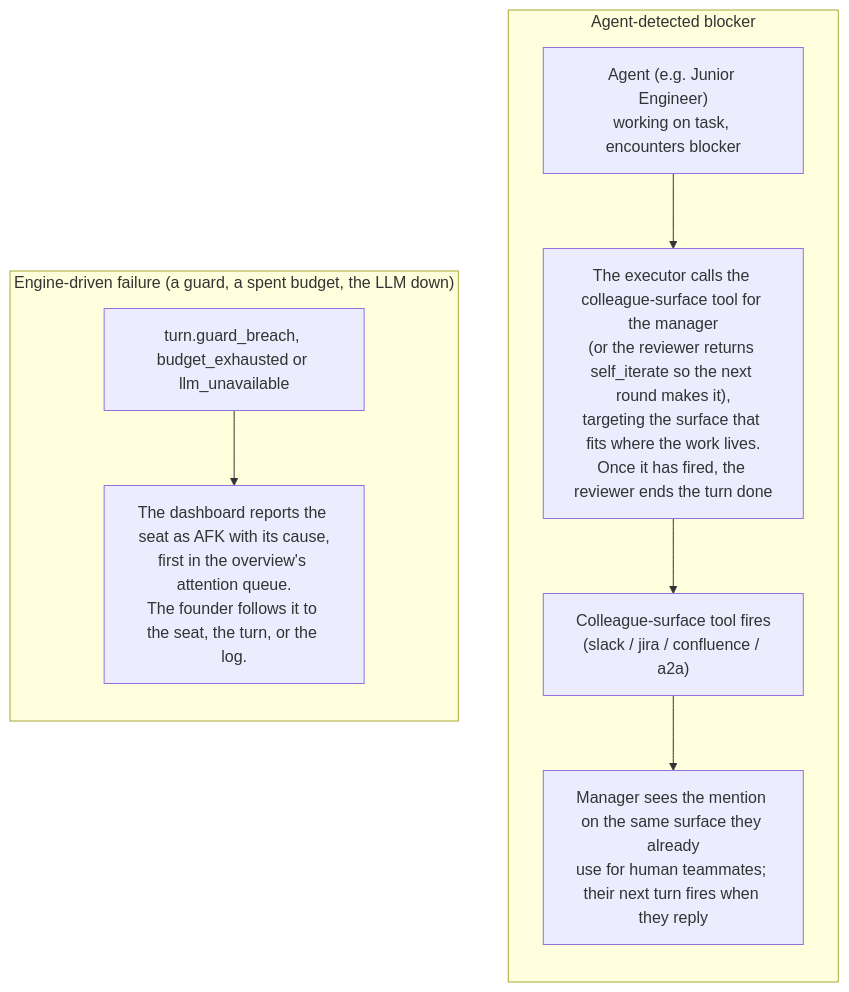
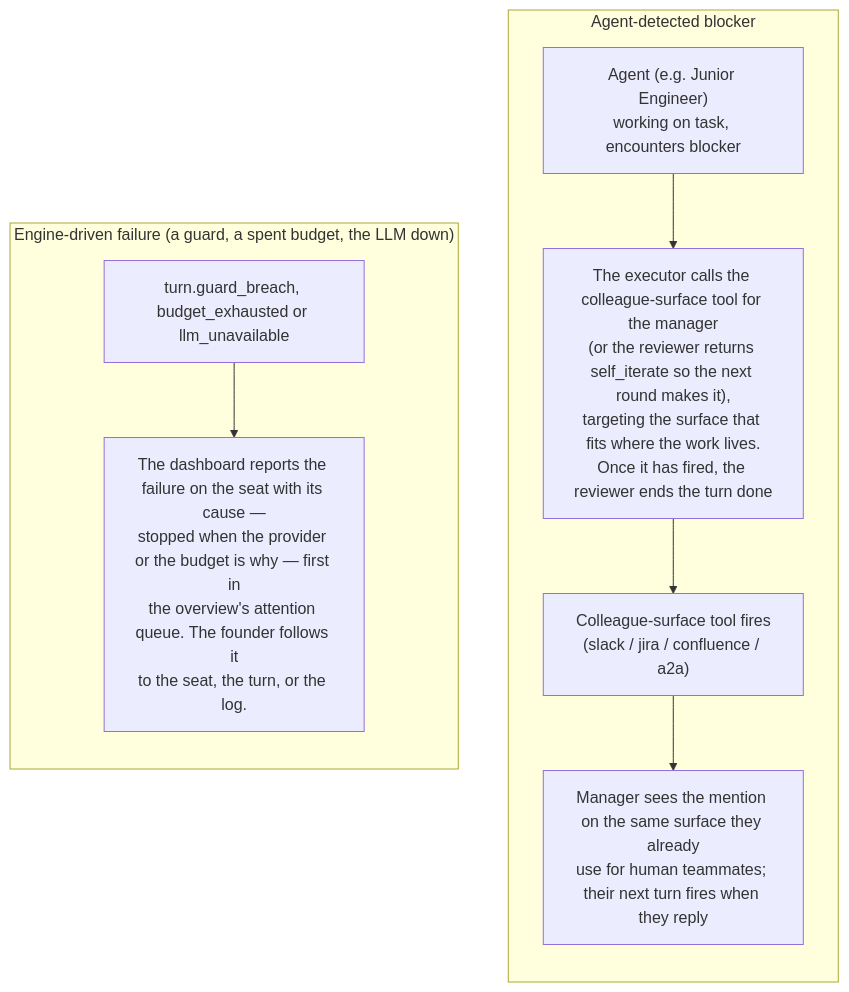
Before and after one commit to crewlet/crewlet: the third of 3 diagrams in docs/concepts/task-engine.md, drawn with Mermaid. The commit also changed other lines of this file and 79 other files, not shown here.

````diff
--- a/docs/concepts/task-engine.md
+++ b/docs/concepts/task-engine.md
@@ -211,17 +211,17 @@
 ```mermaid
 flowchart TD
     subgraph blocked["Agent-detected blocker"]
         direction TB
         A["Agent (e.g. Junior Engineer)<br/>working on task, encounters blocker"]
         B["The executor calls the colleague-surface tool for the manager<br/>(or the reviewer returns self_iterate so the next round makes it),<br/>targeting the surface that fits where the work lives.<br/>Once it has fired, the reviewer ends the turn done"]
         C["Colleague-surface tool fires<br/>(slack / jira / confluence / a2a)"]
         D["Manager sees the mention on the same surface they already<br/>use for human teammates; their next turn fires when they reply"]
         A --> B --> C --> D
     end
     subgraph enginefail["Engine-driven failure (a guard, a spent budget, the LLM down)"]
         direction TB
         E["turn.guard_breach, budget_exhausted or llm_unavailable"]
-        F["The dashboard reports the seat as AFK with its cause,<br/>first in the overview's attention queue.<br/>The founder follows it to the seat, the turn, or the log."]
+        F["The dashboard reports the failure on the seat with its cause —<br/>stopped when the provider or the budget is why — first in<br/>the overview's attention queue. The founder follows it<br/>to the seat, the turn, or the log."]
         E --> F
     end
 ```
````
